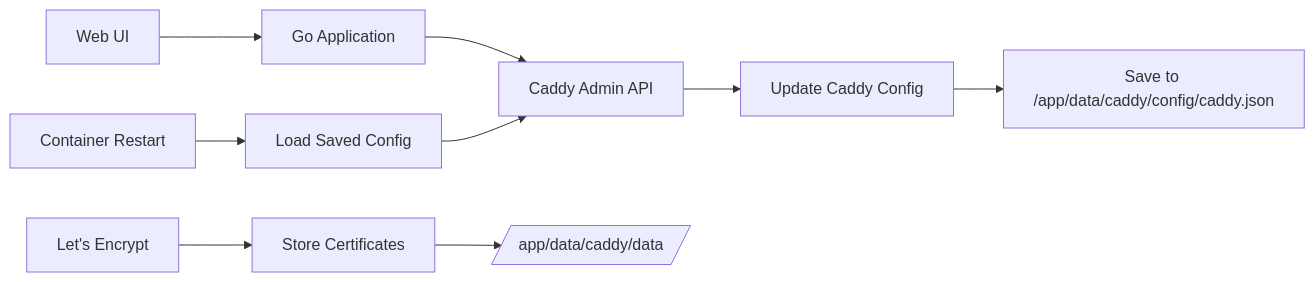
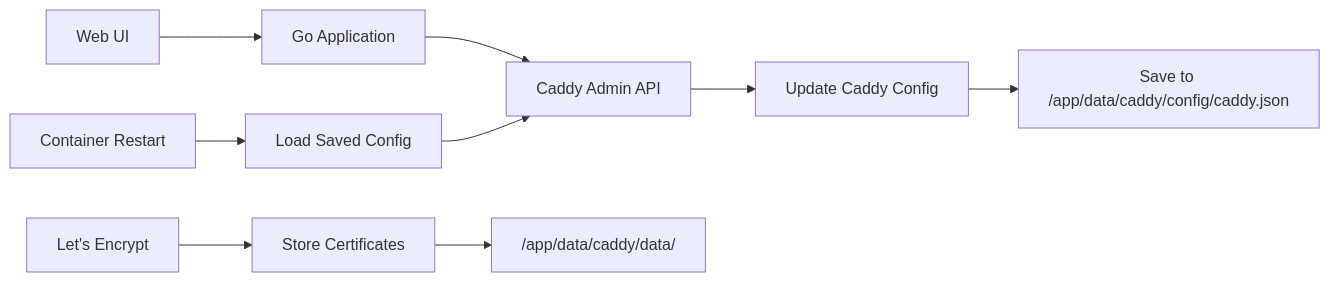
The third of 3 diagrams in README.md (ddalcu/simplelb), drawn with Mermaid before and after one commit. The commit also changed other lines of this file and 13 other files, not shown here.

````diff
--- a/README.md
+++ b/README.md
@@ -260,13 +337,13 @@
 ```mermaid
 graph LR
-    A[Web UI] --> B[Go Application]
-    B --> C[Caddy Admin API]
-    C --> D[Update Caddy Config]
-    D --> E[Save to /app/data/caddy/config/caddy.json]
+    A["Web UI"] --> B["Go Application"]
+    B --> C["Caddy Admin API"]
+    C --> D["Update Caddy Config"]
+    D --> E["Save to /app/data/caddy/config/caddy.json"]
     
-    F[Container Restart] --> G[Load Saved Config]
+    F["Container Restart"] --> G["Load Saved Config"]
     G --> C
     
-    H[Let's Encrypt] --> I[Store Certificates]
-    I --> J[/app/data/caddy/data/]
+    H["Let's Encrypt"] --> I["Store Certificates"]
+    I --> J["/app/data/caddy/data/"]
 ```
````
